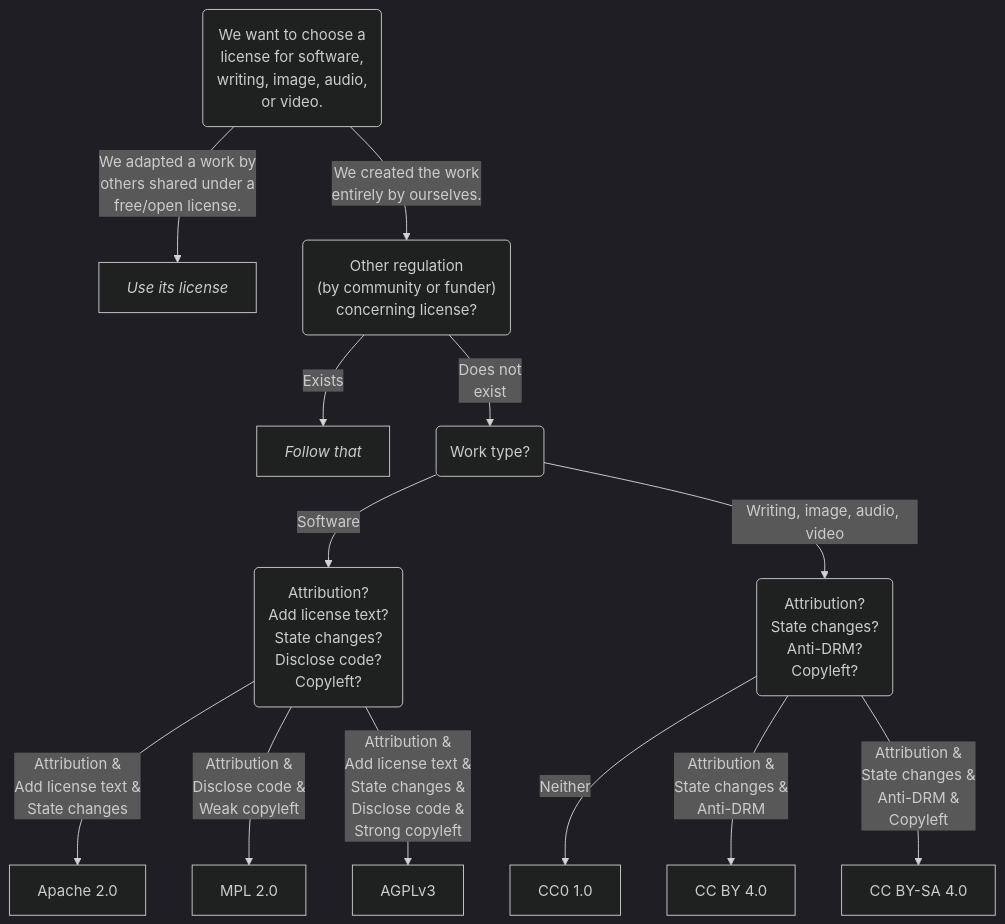
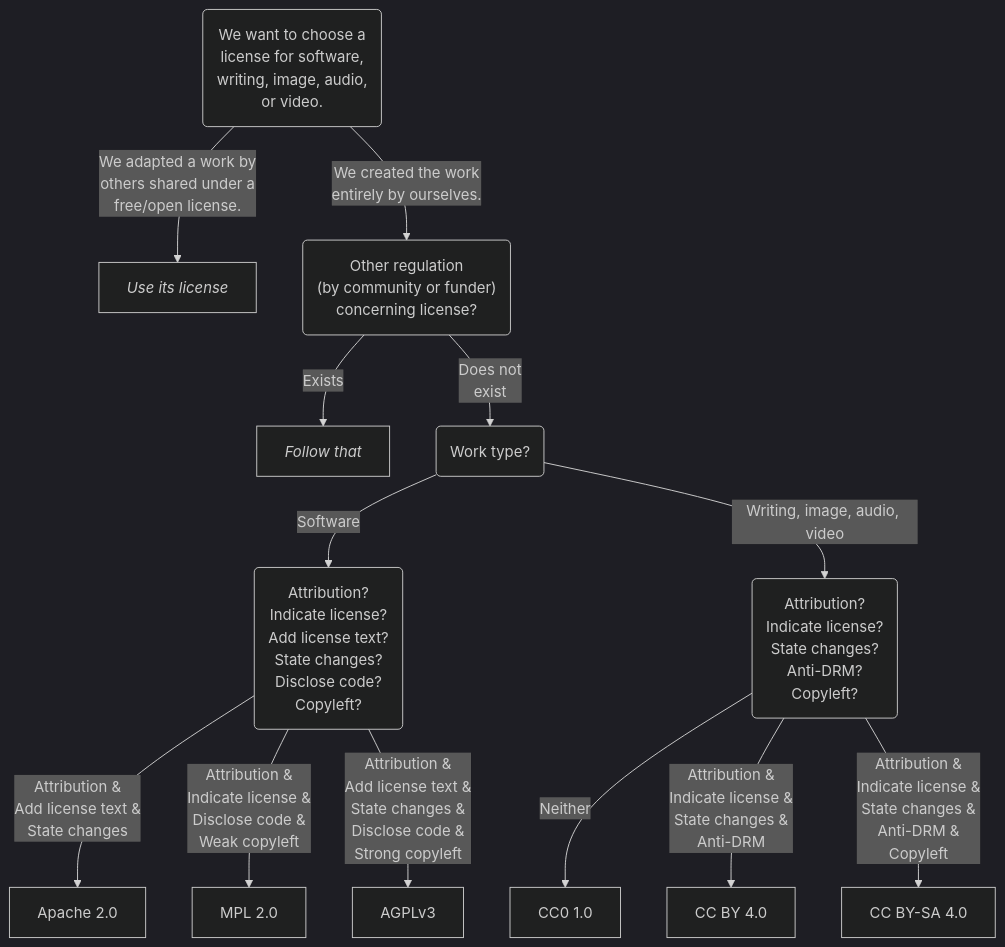
The second of 3 diagrams in choose_license.qmd (lmu-osc/code-publishing-short), drawn with Mermaid (dark theme) before and after one commit. The commit also changed other lines of this file and 14 other files, not shown here.

````diff
--- a/choose_license.qmd
+++ b/choose_license.qmd
@@ -333,26 +963,26 @@
 ```{mermaid}
 flowchart TB
   start("We want to choose a<br>license for software,<br>writing, image, audio,<br>or video.") --"We adapted a work by<br>others shared under a<br>free/open license."--> use_existing_license["<em>Use its license</em>"]
   start --"We created the work<br>entirely by ourselves."--> regulation("Other regulation<br>(by community or funder)<br>concerning license?")
   
   regulation --"Exists"--> follow_existing_norms["<em>Follow that</em>"]
   regulation --"Does not<br>exist"--> type("Work type?")
   
-  type --"Software"--> code_sa("Attribution?<br>Add license text?<br>State changes?<br>Disclose code?<br>Copyleft?")
-  type --"Writing, image, audio, video"--> nocode_cc("Attribution?<br>State changes?<br>Anti-DRM?<br>Copyleft?")
+  type --"Software"--> code_sa("Attribution?<br>Indicate license?<br>Add license text?<br>State changes?<br>Disclose code?<br>Copyleft?")
+  type --"Writing, image, audio, video"--> nocode_cc("Attribution?<br>Indicate license?<br>State changes?<br>Anti-DRM?<br>Copyleft?")
   
   code_sa --"Attribution &<br>Add license text &<br>State changes"--> apache["Apache 2.0"]
-  code_sa --"Attribution &<br>Disclose code &<br>Weak copyleft"--> mpl["MPL 2.0"]
+  code_sa --"Attribution &<br>Indicate license &<br>Disclose code &<br>Weak copyleft"--> mpl["MPL 2.0"]
   code_sa --"Attribution &<br>Add license text &<br>State changes &<br>Disclose code &<br>Strong copyleft"--> agpl["AGPLv3"]
   
   nocode_cc --"Neither"--> cc0["CC0 1.0"]
-  nocode_cc --"Attribution &<br>State changes &<br>Anti-DRM"--> cc_by["CC BY 4.0"]
-  nocode_cc --"Attribution &<br>State changes &<br>Anti-DRM &<br>Copyleft"--> cc_by_sa["CC BY-SA 4.0"]
+  nocode_cc --"Attribution &<br>Indicate license &<br>State changes &<br>Anti-DRM"--> cc_by["CC BY 4.0"]
+  nocode_cc --"Attribution &<br>Indicate license &<br>State changes &<br>Anti-DRM &<br>Copyleft"--> cc_by_sa["CC BY-SA 4.0"]
   
   click apache href "https://choosealicense.com/licenses/apache-2.0/"
   click mpl href "https://choosealicense.com/licenses/mpl-2.0/"
   click agpl href "https://choosealicense.com/licenses/agpl-3.0/"
   click cc0 href "https://creativecommons.org/publicdomain/zero/1.0/"
   click cc_by href "https://creativecommons.org/licenses/by/4.0/"
   click cc_by_sa href "https://creativecommons.org/licenses/by-sa/4.0/"
 ```
````
